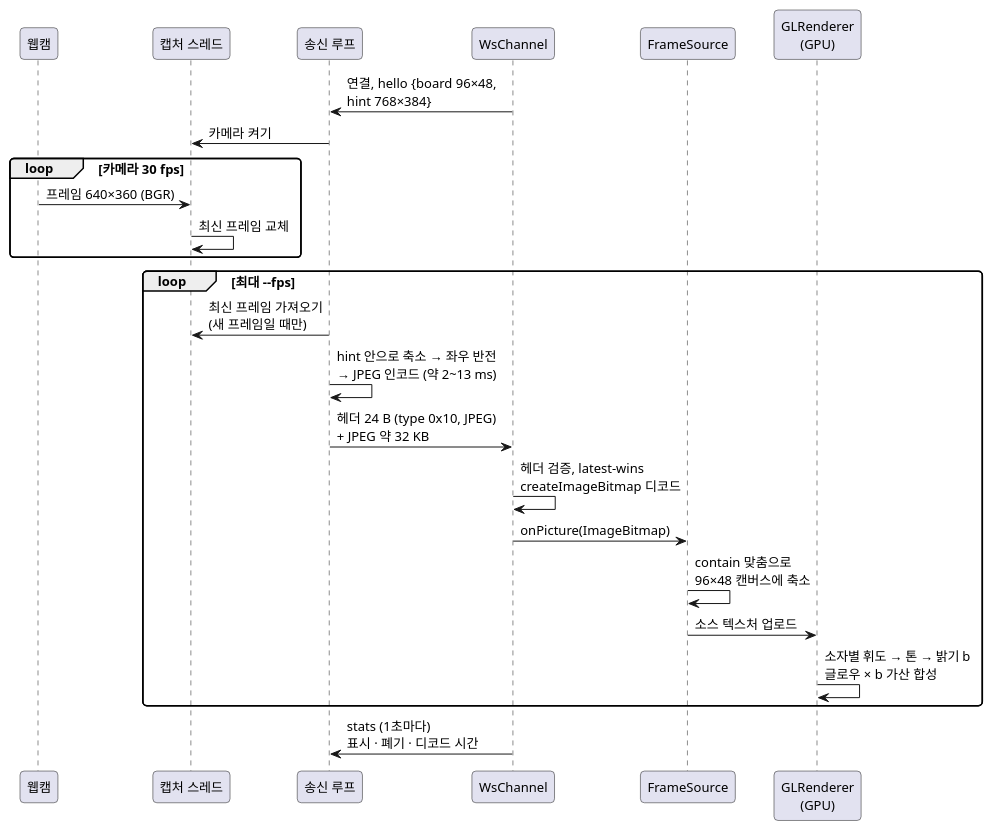
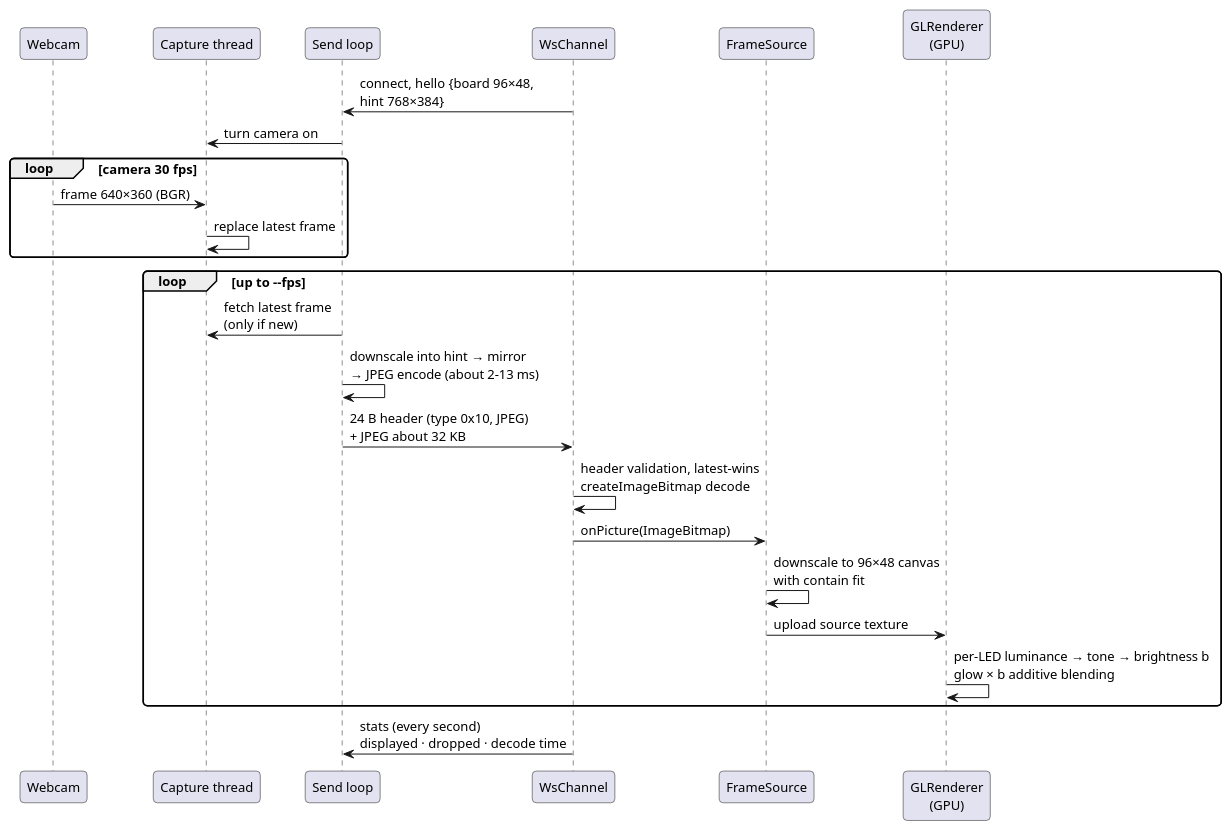
The second of 2 diagrams in docs/webcam-testbed.md (jujuroa/ledboard), drawn with PlantUML before and after one commit. The commit also changed other lines of this file and 7 other files, not shown here.

````diff
--- a/docs/webcam-testbed.md
+++ b/docs/webcam-testbed.md
@@ -103,34 +107,34 @@
 ```plantuml
 @startuml
 skinparam backgroundColor #FFFFFF
 skinparam shadowing false
 skinparam defaultFontName "Malgun Gothic"
 skinparam defaultFontSize 13
 skinparam roundCorner 8
 
-participant "웹캠" as Cam
-participant "캡처 스레드" as Cap
-participant "송신 루프" as Snd
+participant "Webcam" as Cam
+participant "Capture thread" as Cap
+participant "Send loop" as Snd
 participant "WsChannel" as Ch
 participant "FrameSource" as FS
 participant "GLRenderer\n(GPU)" as R
 
-Ch -> Snd : 연결, hello {board 96×48,\nhint 768×384}
-Snd -> Cap : 카메라 켜기
-loop 카메라 30 fps
-  Cam -> Cap : 프레임 640×360 (BGR)
-  Cap -> Cap : 최신 프레임 교체
+Ch -> Snd : connect, hello {board 96×48,\nhint 768×384}
+Snd -> Cap : turn camera on
+loop camera 30 fps
+  Cam -> Cap : frame 640×360 (BGR)
+  Cap -> Cap : replace latest frame
 end
-loop 최대 --fps
-  Snd -> Cap : 최신 프레임 가져오기\n(새 프레임일 때만)
-  Snd -> Snd : hint 안으로 축소 → 좌우 반전\n→ JPEG 인코드 (약 2~13 ms)
-  Snd -> Ch : 헤더 24 B (type 0x10, JPEG)\n+ JPEG 약 32 KB
-  Ch -> Ch : 헤더 검증, latest-wins\ncreateImageBitmap 디코드
+loop up to --fps
+  Snd -> Cap : fetch latest frame\n(only if new)
+  Snd -> Snd : downscale into hint → mirror\n→ JPEG encode (about 2–13 ms)
+  Snd -> Ch : 24 B header (type 0x10, JPEG)\n+ JPEG about 32 KB
+  Ch -> Ch : header validation, latest-wins\ncreateImageBitmap decode
   Ch -> FS : onPicture(ImageBitmap)
-  FS -> FS : contain 맞춤으로\n96×48 캔버스에 축소
-  FS -> R : 소스 텍스처 업로드
-  R -> R : 소자별 휘도 → 톤 → 밝기 b\n글로우 × b 가산 합성
+  FS -> FS : downscale to 96×48 canvas\nwith contain fit
+  FS -> R : upload source texture
+  R -> R : per-LED luminance → tone → brightness b\nglow × b additive blending
 end
-Ch -> Snd : stats (1초마다)\n표시 · 폐기 · 디코드 시간
+Ch -> Snd : stats (every second)\ndisplayed · dropped · decode time
 @enduml
 ```
````
